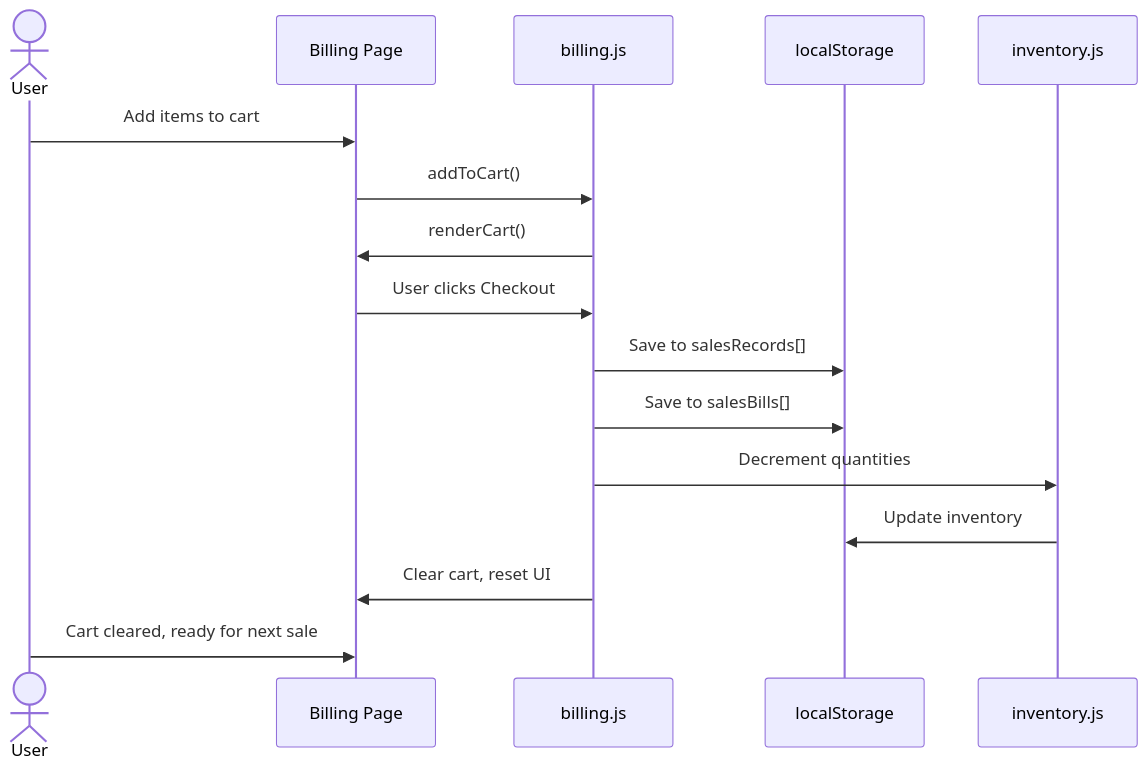
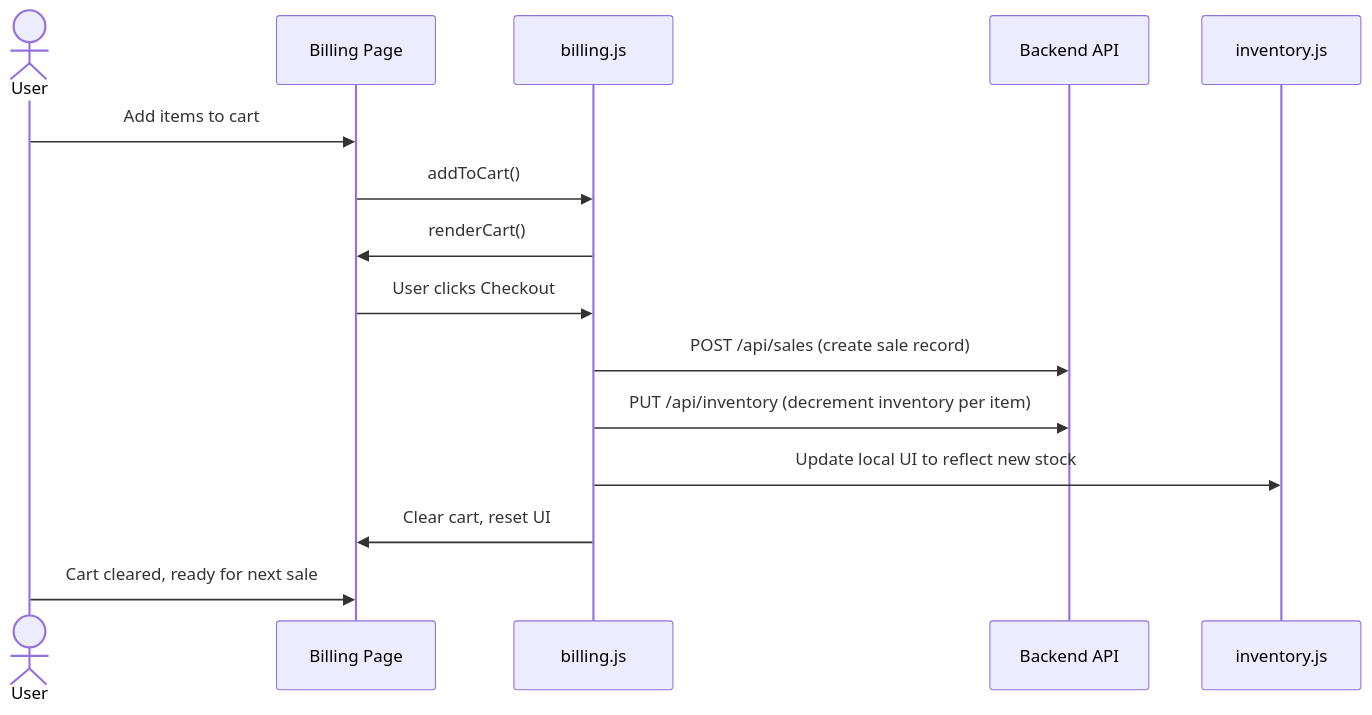
One commit to Alrayyanumar56/Cafeteria-Mangement-System changed the third of 6 diagrams in docs/ARCHITECTURE.md. Above: the diagram before and after it, drawn with Mermaid. The commit also changed other lines of this file and 1 other file, not shown here.

````diff
--- a/docs/ARCHITECTURE.md
+++ b/docs/ARCHITECTURE.md
@@ -134,19 +128,18 @@
 ```mermaid
 sequenceDiagram
     actor User
     participant Billing as Billing Page
     participant BillingJS as billing.js
-    participant LocalStorage as localStorage
+    participant Backend as Backend API
     participant Inventory as inventory.js
     
     User->>Billing: Add items to cart
     Billing->>BillingJS: addToCart()
     BillingJS->>Billing: renderCart()
     Billing->>BillingJS: User clicks Checkout
-    BillingJS->>LocalStorage: Save to salesRecords[]
-    BillingJS->>LocalStorage: Save to salesBills[]
-    BillingJS->>Inventory: Decrement quantities
-    Inventory->>LocalStorage: Update inventory
+    BillingJS->>Backend: POST /api/sales (create sale record)
+    BillingJS->>Backend: PUT /api/inventory (decrement inventory per item)
+    BillingJS->>Inventory: Update local UI to reflect new stock
     BillingJS->>Billing: Clear cart, reset UI
     User->>Billing: Cart cleared, ready for next sale
 ```
````
